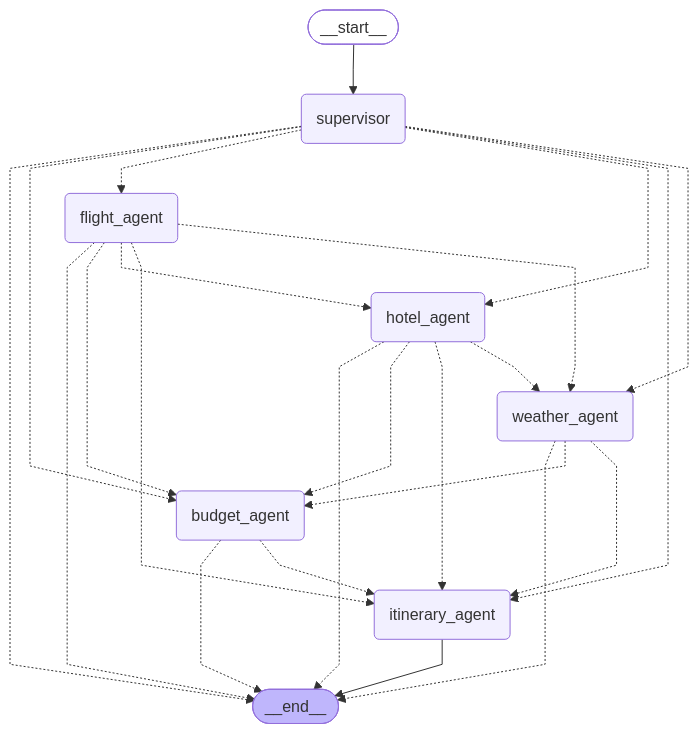
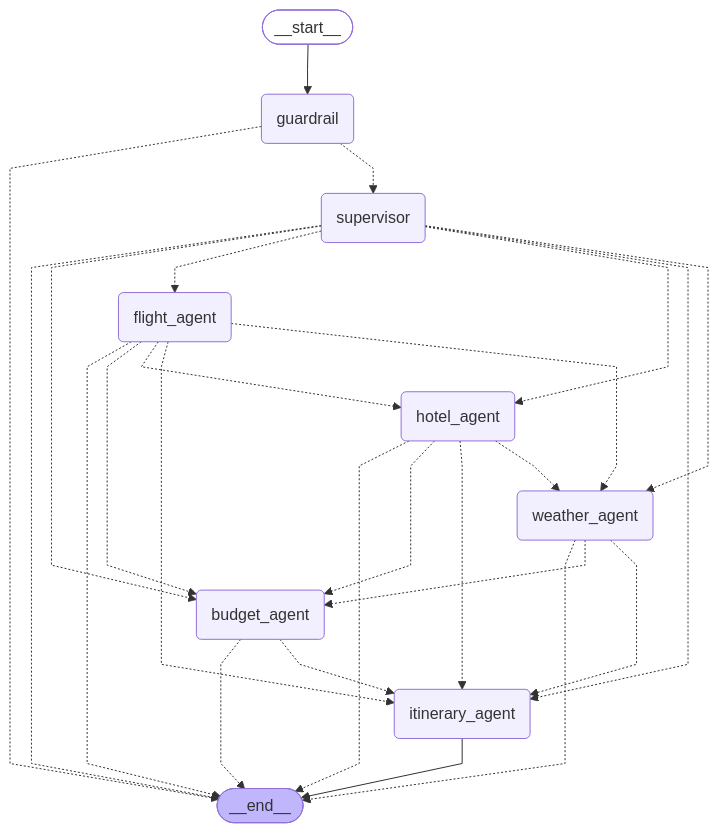
Before and after one commit to sindhusinr/multi_agent_trip_planner: the diagram in graph.mmd, drawn with Mermaid. The commit also changed 10 other files, not shown here.

```diff
--- a/graph.mmd
+++ b/graph.mmd
@@ -1,39 +1,42 @@
 ---
 config:
   flowchart:
     curve: linear
 ---
 graph TD;
 	__start__([<p>__start__</p>]):::first
+	guardrail(guardrail)
 	supervisor(supervisor)
 	flight_agent(flight_agent)
 	hotel_agent(hotel_agent)
 	weather_agent(weather_agent)
 	budget_agent(budget_agent)
 	itinerary_agent(itinerary_agent)
 	__end__([<p>__end__</p>]):::last
-	__start__ --> supervisor;
+	__start__ --> guardrail;
 	budget_agent -.-> __end__;
 	budget_agent -.-> itinerary_agent;
 	flight_agent -.-> __end__;
 	flight_agent -.-> budget_agent;
 	flight_agent -.-> hotel_agent;
 	flight_agent -.-> itinerary_agent;
 	flight_agent -.-> weather_agent;
+	guardrail -.-> __end__;
+	guardrail -.-> supervisor;
 	hotel_agent -.-> __end__;
 	hotel_agent -.-> budget_agent;
 	hotel_agent -.-> itinerary_agent;
 	hotel_agent -.-> weather_agent;
 	supervisor -.-> __end__;
 	supervisor -.-> budget_agent;
 	supervisor -.-> flight_agent;
 	supervisor -.-> hotel_agent;
 	supervisor -.-> itinerary_agent;
 	supervisor -.-> weather_agent;
 	weather_agent -.-> __end__;
 	weather_agent -.-> budget_agent;
 	weather_agent -.-> itinerary_agent;
 	itinerary_agent --> __end__;
 	classDef default fill:#f2f0ff,line-height:1.2
 	classDef first fill-opacity:0
 	classDef last fill:#bfb6fc
```
